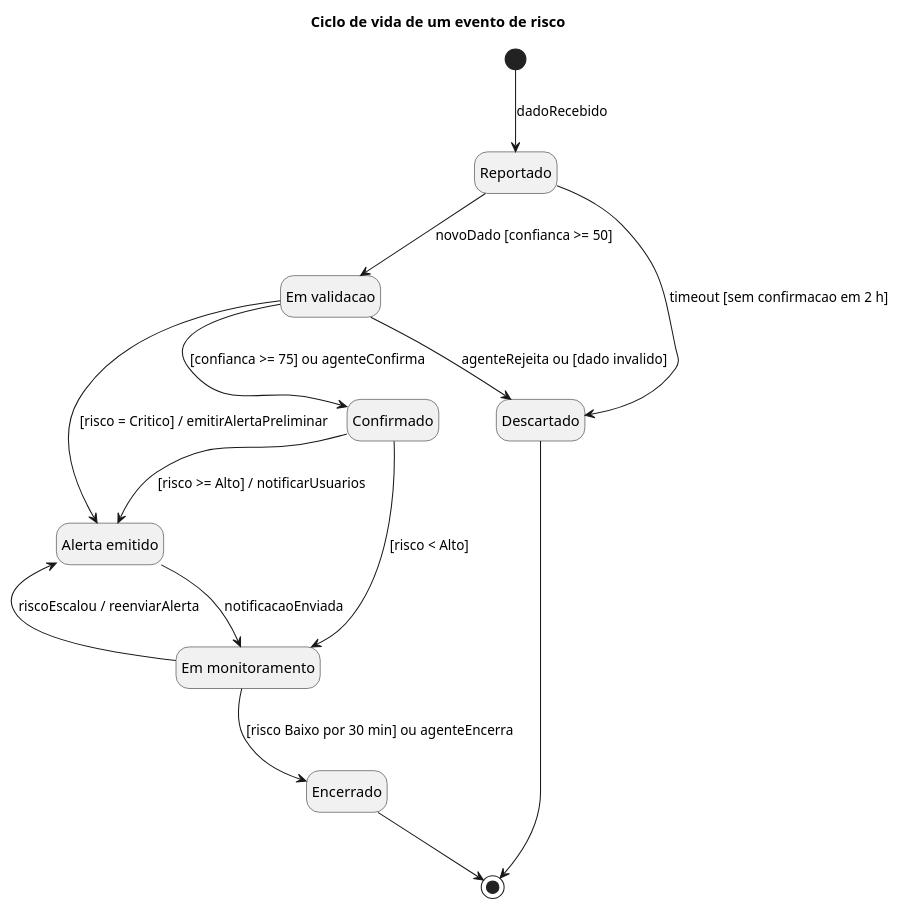
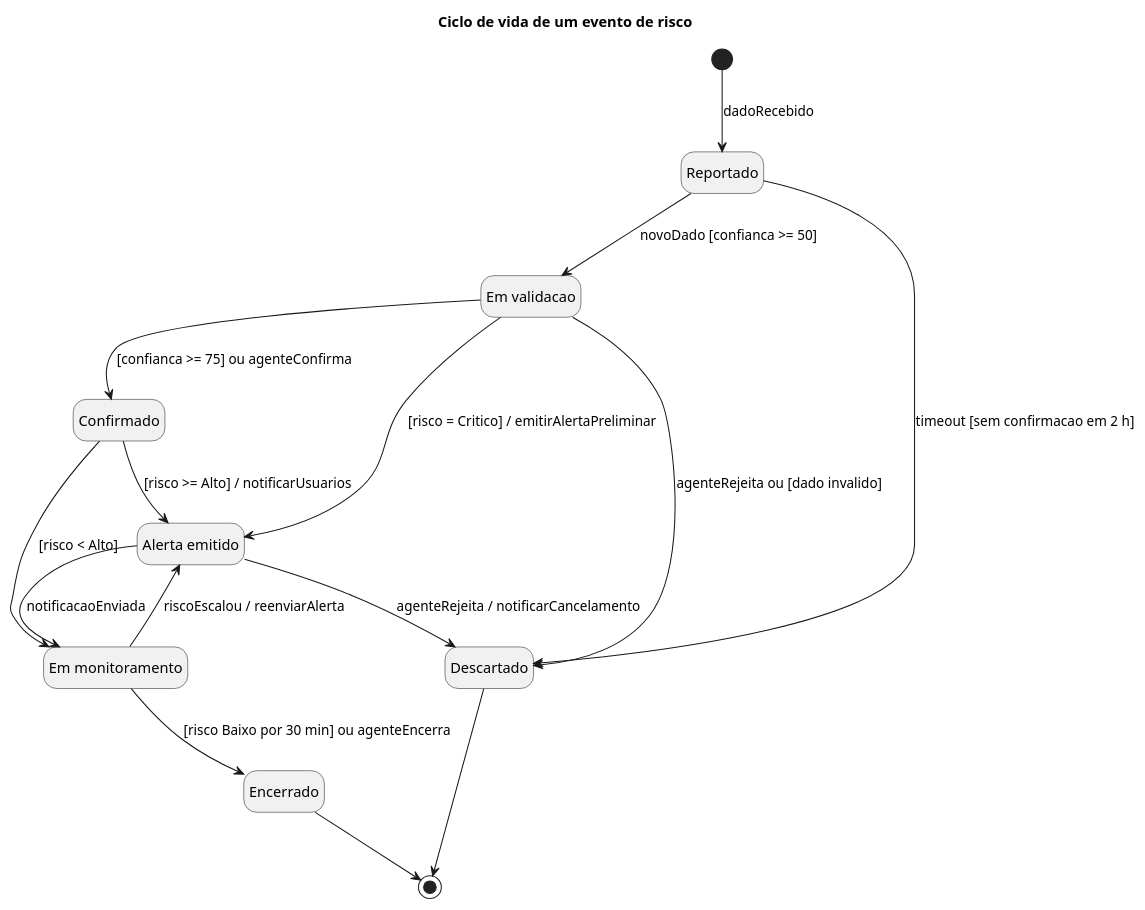
Before and after one commit to IsaacEmerick/urban-risk-platform: the diagram in docs/diagramas/estados.puml, drawn with PlantUML. The commit also changed 4 other files, not shown here.

First line of the commit message:
Requisitos revisados e diagrama de sequência alinhado ao glossário

```diff
--- a/docs/diagramas/estados.puml
+++ b/docs/diagramas/estados.puml
@@ -1,25 +1,26 @@
 @startuml
 title Ciclo de vida de um evento de risco
 hide empty description
 state Reportado
 state "Em validacao" as EmValidacao
 state Confirmado
 state "Alerta emitido" as AlertaEmitido
 state "Em monitoramento" as EmMonitoramento
 state Encerrado
 state Descartado
 
 [*] --> Reportado : dadoRecebido
 Reportado --> EmValidacao : novoDado [confianca >= 50]
 Reportado --> Descartado : timeout [sem confirmacao em 2 h]
 EmValidacao --> Confirmado : [confianca >= 75] ou agenteConfirma
 EmValidacao --> AlertaEmitido : [risco = Critico] / emitirAlertaPreliminar
 EmValidacao --> Descartado : agenteRejeita ou [dado invalido]
 Confirmado --> AlertaEmitido : [risco >= Alto] / notificarUsuarios
 Confirmado --> EmMonitoramento : [risco < Alto]
 AlertaEmitido --> EmMonitoramento : notificacaoEnviada
+AlertaEmitido --> Descartado : agenteRejeita / notificarCancelamento
 EmMonitoramento --> AlertaEmitido : riscoEscalou / reenviarAlerta
 EmMonitoramento --> Encerrado : [risco Baixo por 30 min] ou agenteEncerra
 Encerrado --> [*]
 Descartado --> [*]
 @enduml
```
